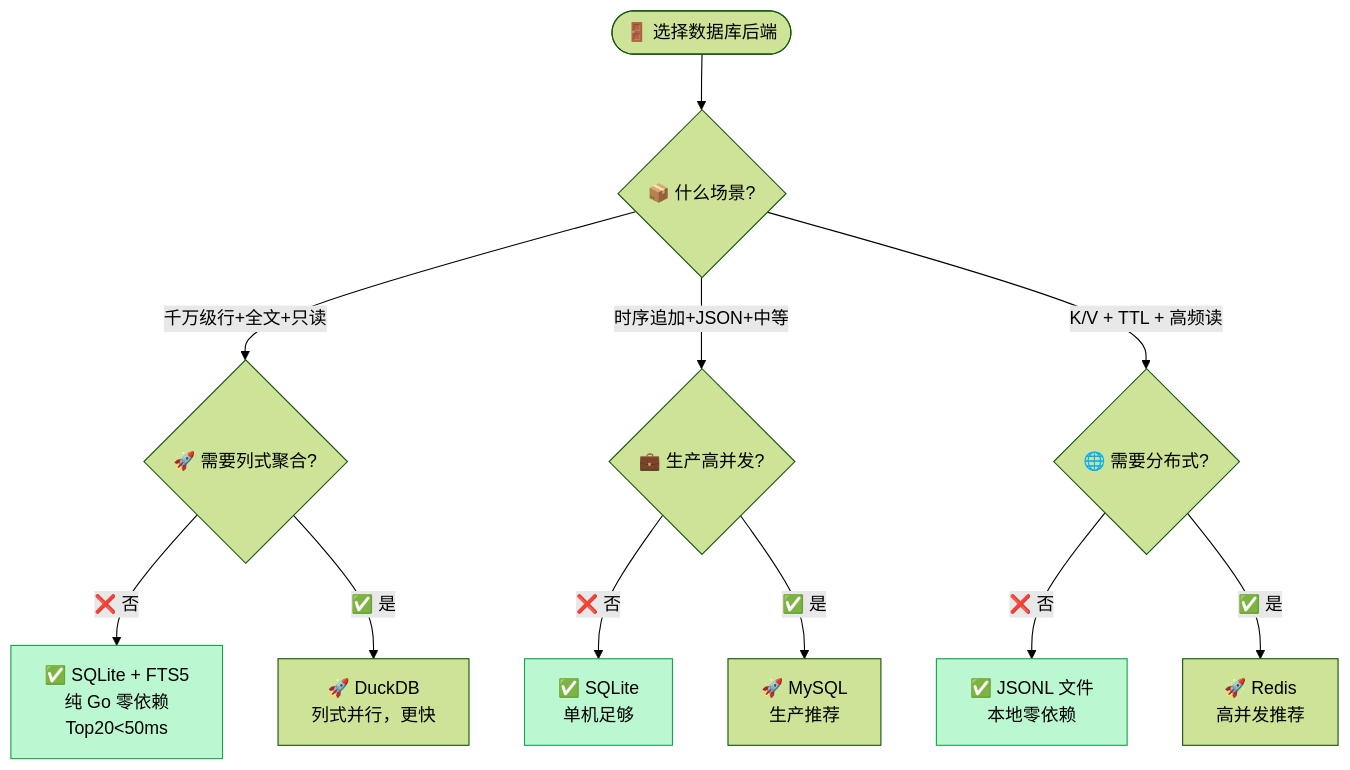
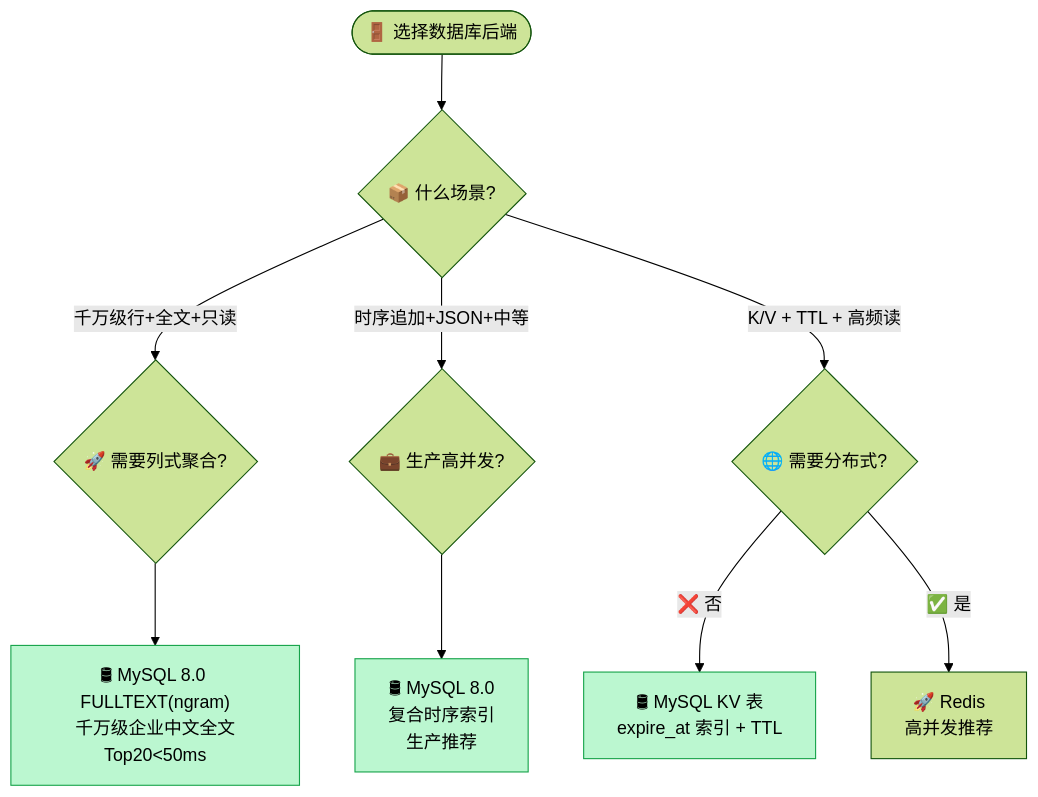
Before and after one commit to deep2code/geo: diagram 20 of 31 in docs/architecture.md, drawn with Mermaid (forest theme). The commit also changed other lines of this file and 26 other files, not shown here.

First line of the commit message:
refactor!: 移除 SQLite/JSONL/DuckDB，所有数据层统一使用 MySQL 8.0

````diff
--- a/docs/architecture.md
+++ b/docs/architecture.md
@@ -541,21 +539,19 @@
 ```mermaid
 flowchart TD
     START(["🚪 选择数据库后端"]) --> Q1{"📦 什么场景?"}
 
     Q1 -->|"千万级行+全文+只读"| Q2{"🚀 需要列式聚合?"}
     Q1 -->|"时序追加+JSON+中等"| Q3{"💼 生产高并发?"}
     Q1 -->|"K/V + TTL + 高频读"| Q4{"🌐 需要分布式?"}
 
-    Q2 -->|"❌ 否"| OFFA["✅ SQLite + FTS5<br/>纯 Go 零依赖<br/>Top20<50ms"]
-    Q2 -->|"✅ 是"| OFFB["🚀 DuckDB<br/>列式并行，更快"]
+    Q2 --> OFFA["🛢 MySQL 8.0 FULLTEXT(ngram)<br/>千万级企业中文全文<br/>Top20<50ms"]
 
-    Q3 -->|"❌ 否"| HISA["✅ SQLite<br/>单机足够"]
-    Q3 -->|"✅ 是"| HISB["🚀 MySQL<br/>生产推荐"]
+    Q3 --> HISB["🛢 MySQL 8.0<br/>复合时序索引<br/>生产推荐"]
 
-    Q4 -->|"❌ 否"| CAA["✅ JSONL 文件<br/>本地零依赖"]
+    Q4 -->|"❌ 否"| CAA["🛢 MySQL KV 表<br/>expire_at 索引 + TTL"]
     Q4 -->|"✅ 是"| CAB["🚀 Redis<br/>高并发推荐"]
 
     style OFFA fill:#bbf7d0,stroke:#16a34a
-    style HISA fill:#bbf7d0,stroke:#16a34a
+    style HISB fill:#bbf7d0,stroke:#16a34a
     style CAA fill:#bbf7d0,stroke:#16a34a
 ```
````
